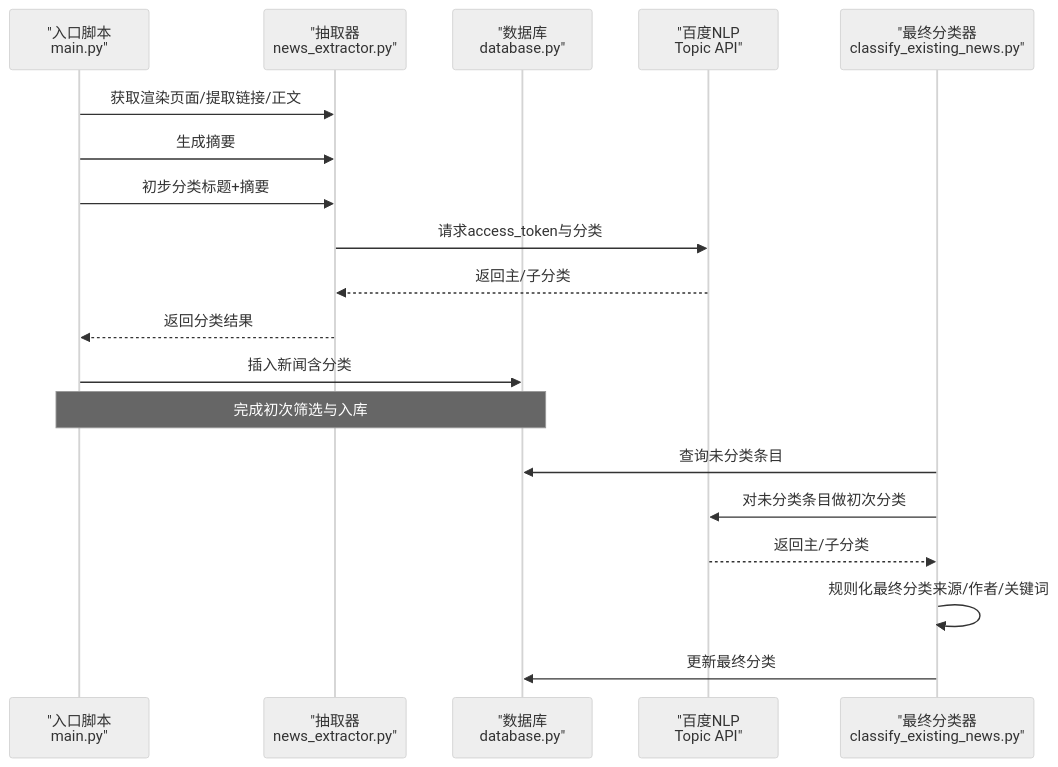
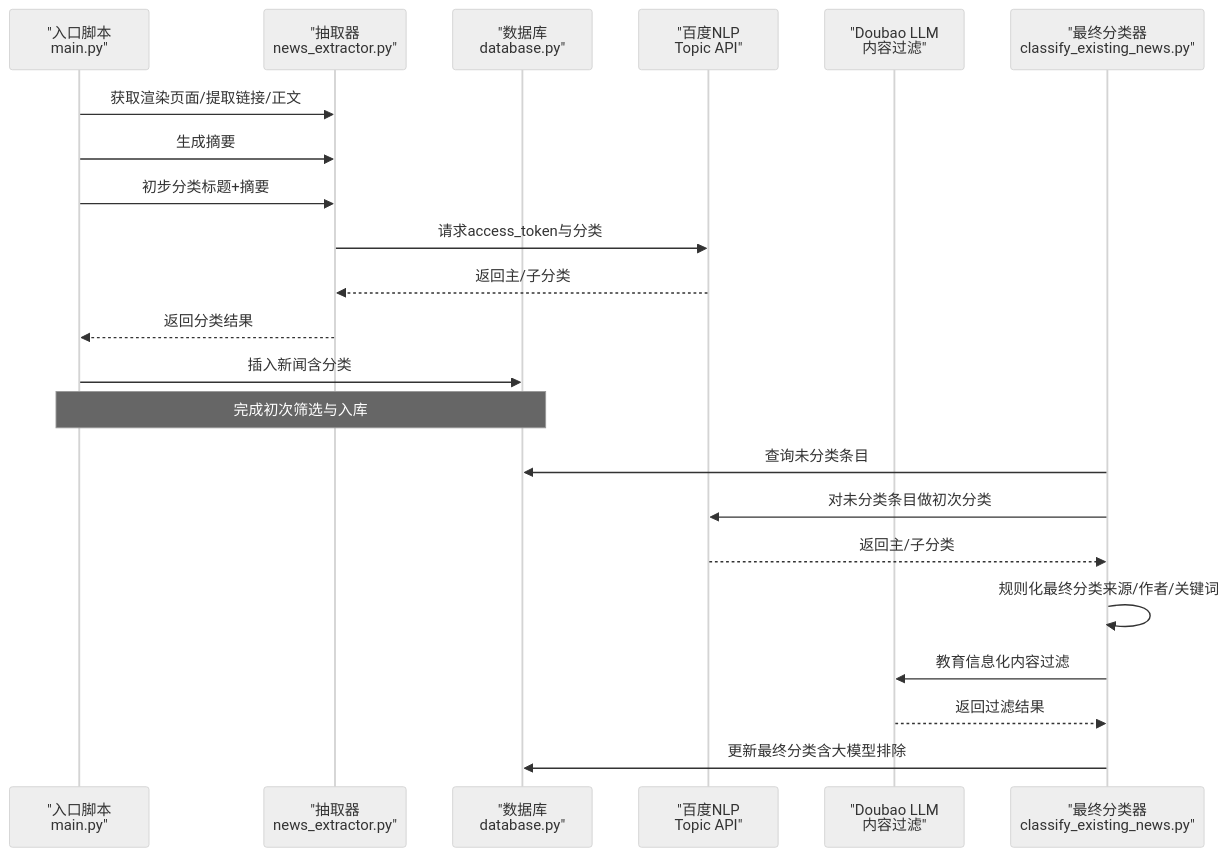
One commit to dengwanqian/news-exacter changed the second of 7 diagrams in .qoder/repowiki/zh/content/分类系统设计/分类系统设计.md. Above: the diagram before and after it, drawn with Mermaid (neutral theme). The commit also changed other lines of this file and 7 other files, not shown here.

````diff
--- a/.qoder/repowiki/zh/content/分类系统设计/分类系统设计.md
+++ b/.qoder/repowiki/zh/content/分类系统设计/分类系统设计.md
@@ -91,21 +100,24 @@
 ```mermaid
 sequenceDiagram
 participant Entry as "入口脚本<br/>main.py"
 participant Ext as "抽取器<br/>news_extractor.py"
 participant DB as "数据库<br/>database.py"
 participant Baidu as "百度NLP<br/>Topic API"
+participant Doubao as "Doubao LLM<br/>内容过滤"
 participant Final as "最终分类器<br/>classify_existing_news.py"
 Entry->>Ext : 获取渲染页面/提取链接/正文
 Entry->>Ext : 生成摘要
 Entry->>Ext : 初步分类标题+摘要
 Ext->>Baidu : 请求access_token与分类
 Baidu-->>Ext : 返回主/子分类
 Ext-->>Entry : 返回分类结果
 Entry->>DB : 插入新闻含分类
 Note over Entry,DB : 完成初次筛选与入库
 Final->>DB : 查询未分类条目
 Final->>Baidu : 对未分类条目做初次分类
 Baidu-->>Final : 返回主/子分类
 Final->>Final : 规则化最终分类来源/作者/关键词
-Final->>DB : 更新最终分类
+Final->>Doubao : 教育信息化内容过滤
+Doubao-->>Final : 返回过滤结果
+Final->>DB : 更新最终分类含大模型排除
 ```
````
